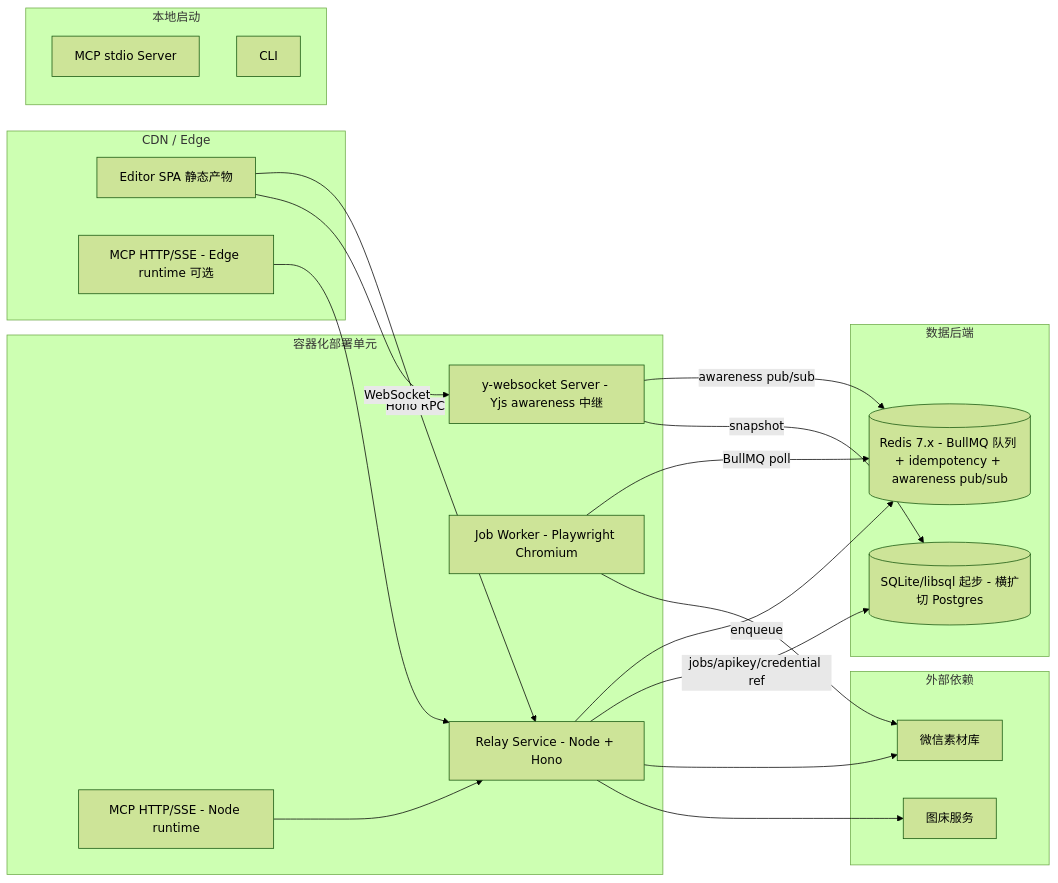
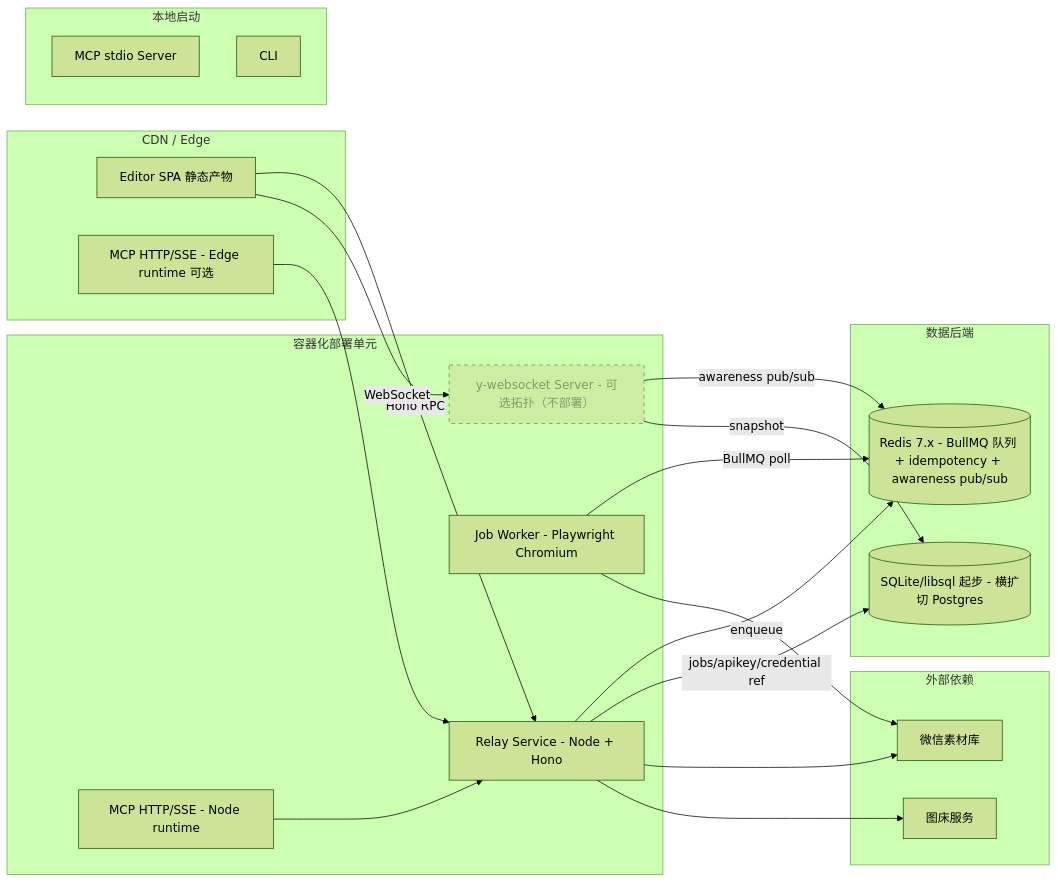
Before and after one commit to lync-cyber/wechat-flow: the second of 2 diagrams in docs/arch/arch-wechat-flow.md, drawn with Mermaid (forest theme). The commit also changed other lines of this file and 20 other files, not shown here.

````diff
--- a/docs/arch/arch-wechat-flow.md
+++ b/docs/arch/arch-wechat-flow.md
@@ -225,42 +226,43 @@
 ```mermaid
 flowchart LR
     subgraph Edge[CDN / Edge]
       EditorSPA[Editor SPA 静态产物]
       MCPEdge[MCP HTTP/SSE - Edge runtime 可选]
     end
 
     subgraph Container[容器化部署单元]
       RelayService[Relay Service - Node + Hono]
       MCPNode[MCP HTTP/SSE - Node runtime]
       JobWorker[Job Worker - Playwright Chromium]
-      YwsServer[y-websocket Server - Yjs awareness 中继]
+      YwsServer["y-websocket Server - 可选拓扑（不部署）"]:::optional
     end
+    classDef optional stroke-dasharray: 5 5, opacity: 0.6
 
     subgraph DataStore[数据后端]
       RedisInst[(Redis 7.x - BullMQ 队列 + idempotency + awareness pub/sub)]
       SqlStore[(SQLite/libsql 起步 - 横扩切 Postgres)]
     end
 
     subgraph Local[本地启动]
       MCPStdio[MCP stdio Server]
       CLITool[CLI]
     end
 
     subgraph External[外部依赖]
       WxAsset[微信素材库]
       ImgHost[图床服务]
     end
 
     EditorSPA -- Hono RPC --> RelayService
     EditorSPA -- WebSocket --> YwsServer
     MCPNode --> RelayService
     MCPEdge --> RelayService
     RelayService -- enqueue --> RedisInst
     JobWorker -- BullMQ poll --> RedisInst
     YwsServer -- awareness pub/sub --> RedisInst
     YwsServer -- snapshot --> SqlStore
     RelayService -- jobs/apikey/credential ref --> SqlStore
     RelayService --> WxAsset
     RelayService --> ImgHost
     JobWorker --> WxAsset
 ```
````
